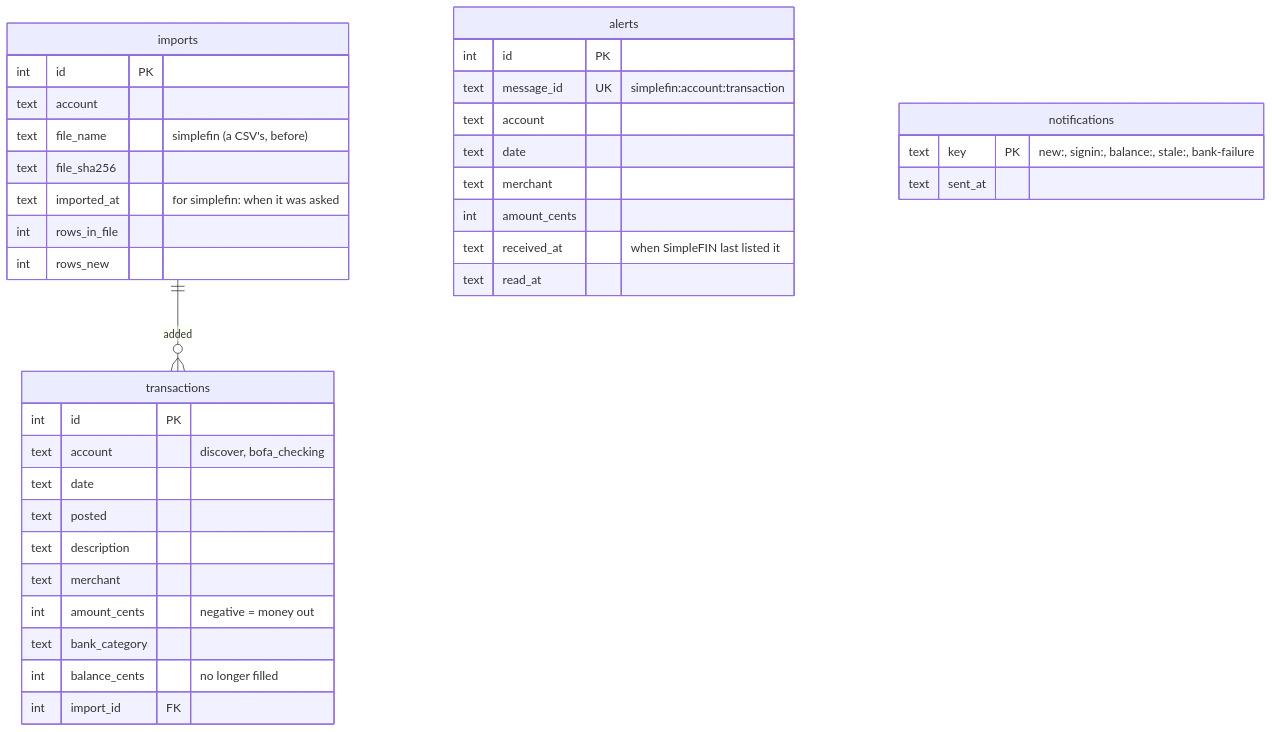
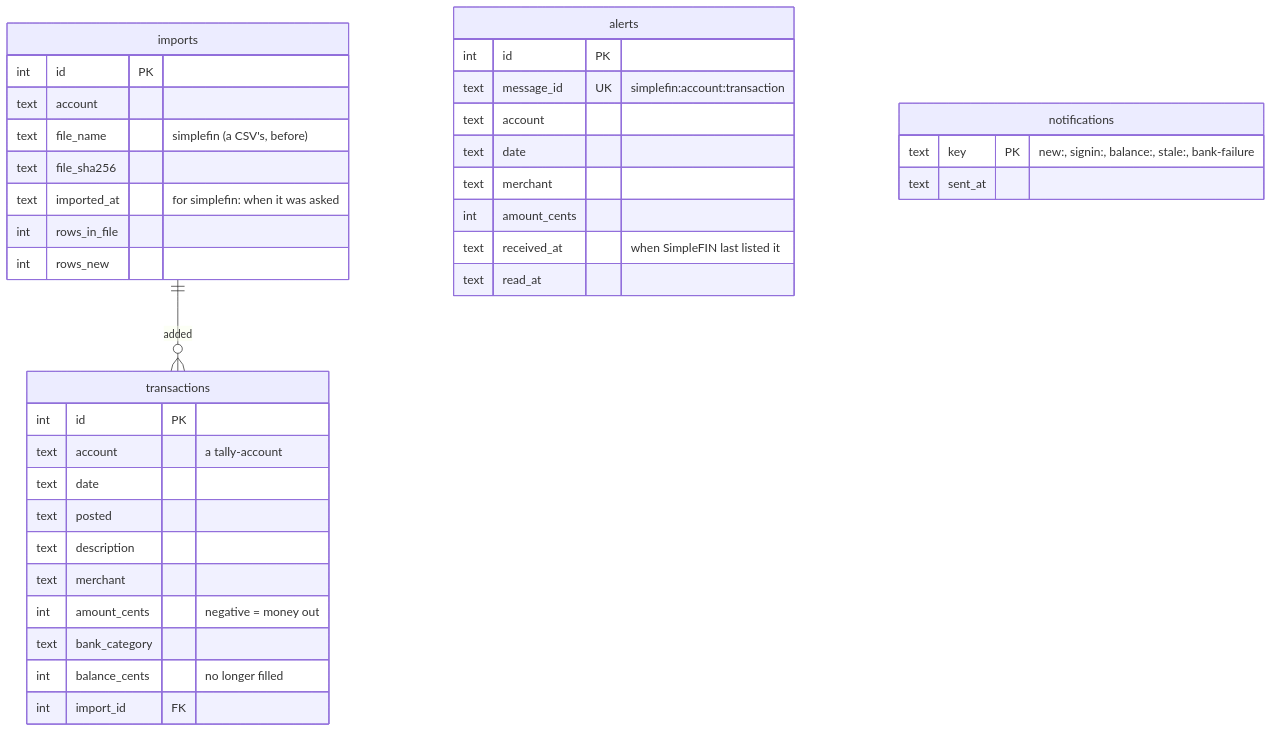
The fifth of 6 diagrams in docs/architecture.md (vmenon04/tally), drawn with Mermaid before and after one commit. The commit also changed other lines of this file and 15 other files, not shown here.

````diff
--- a/docs/architecture.md
+++ b/docs/architecture.md
@@ -177,40 +178,40 @@
 ```mermaid
 erDiagram
     imports ||--o{ transactions : "added"
 
     imports {
         int id PK
         text account
         text file_name "simplefin (a CSV's, before)"
         text file_sha256
         text imported_at "for simplefin: when it was asked"
         int rows_in_file
         int rows_new
     }
     transactions {
         int id PK
-        text account "discover, bofa_checking"
+        text account "a tally-account"
         text date
         text posted
         text description
         text merchant
         int amount_cents "negative = money out"
         text bank_category
         int balance_cents "no longer filled"
         int import_id FK
     }
     alerts {
         int id PK
         text message_id UK "simplefin:account:transaction"
         text account
         text date
         text merchant
         int amount_cents
         text received_at "when SimpleFIN last listed it"
         text read_at
     }
     notifications {
         text key PK "new:, signin:, balance:, stale:, bank-failure"
         text sent_at
     }
 ```
````
